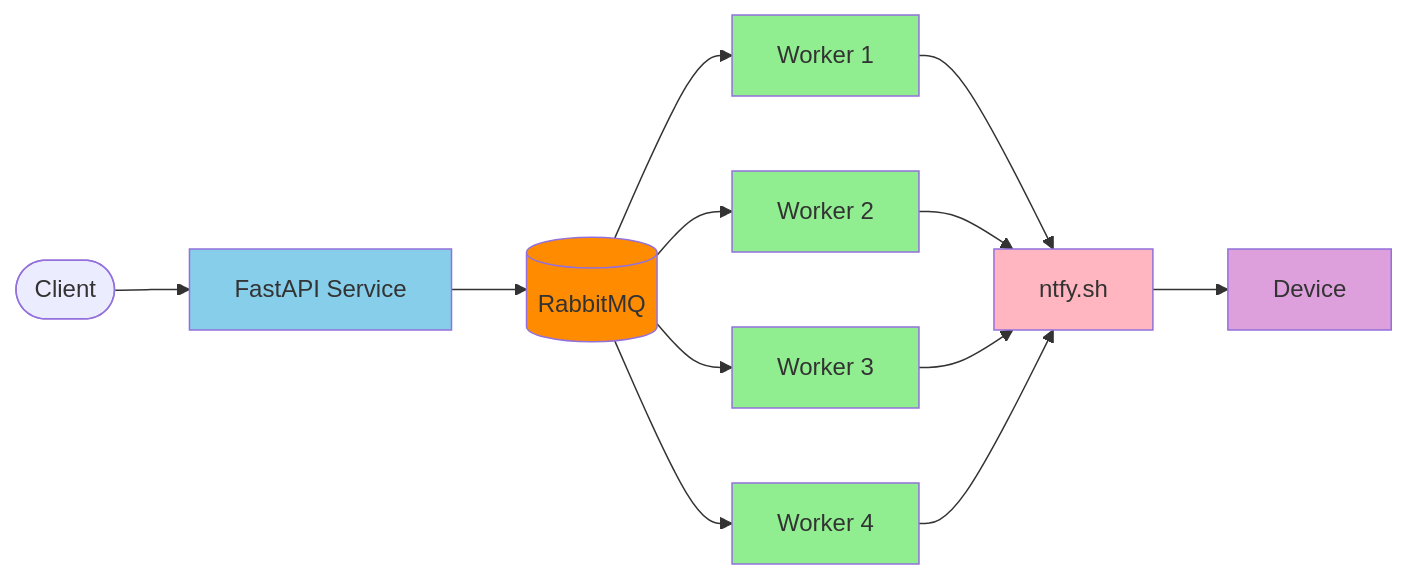
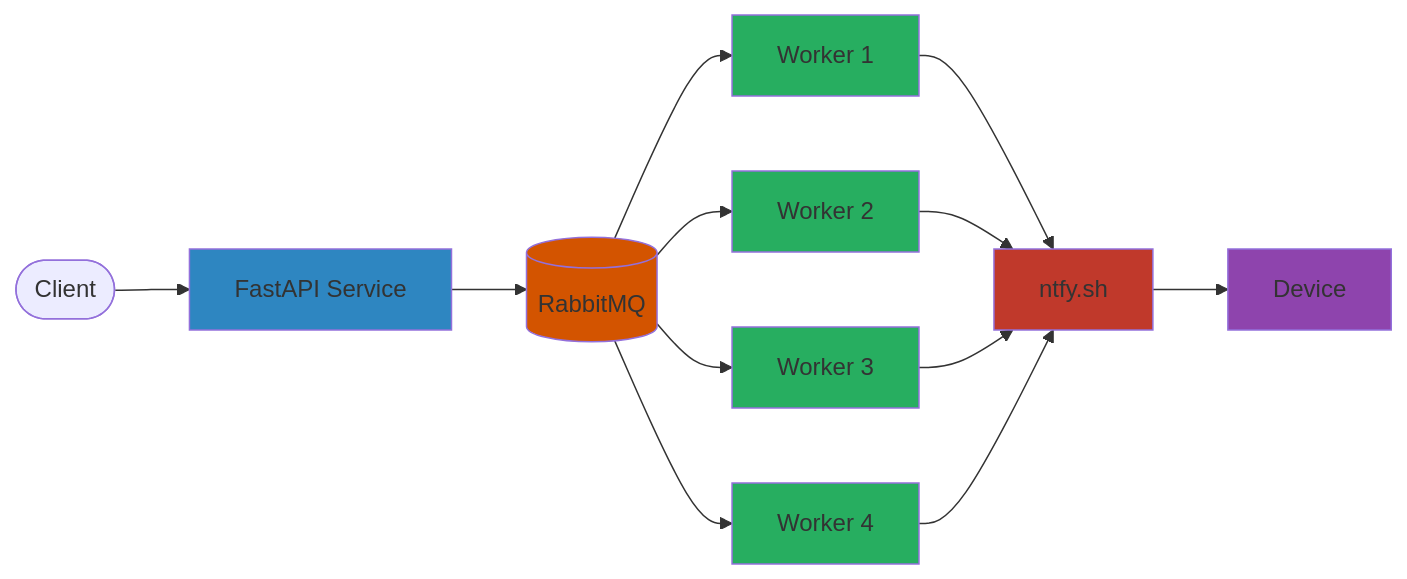
The diagram in README.md (anqorithm/ntfy-mq), drawn with Mermaid before and after one commit.

Commit message:
style(README.md): update system architecture diagram color scheme

````diff
--- a/README.md
+++ b/README.md
@@ -23,23 +23,23 @@
 ```mermaid
 graph LR
     Client([Client]) --> API[FastAPI Service]
     API --> RMQ[(RabbitMQ)]
     RMQ --> W1[Worker 1]
     RMQ --> W2[Worker 2]
     RMQ --> W3[Worker 3]
     RMQ --> W4[Worker 4]
     W1 --> N[ntfy.sh]
     W2 --> N
     W3 --> N
     W4 --> N
     N --> D[Device]
     
-    style API fill:#87CEEB
-    style RMQ fill:#FF8C00
-    style W1 fill:#90EE90
-    style W2 fill:#90EE90
-    style W3 fill:#90EE90
-    style W4 fill:#90EE90
-    style N fill:#FFB6C1
-    style D fill:#DDA0DD
+    style API fill:#2E86C1
+    style RMQ fill:#D35400
+    style W1 fill:#27AE60
+    style W2 fill:#27AE60
+    style W3 fill:#27AE60
+    style W4 fill:#27AE60
+    style N fill:#C0392B
+    style D fill:#8E44AD
 ```
````
